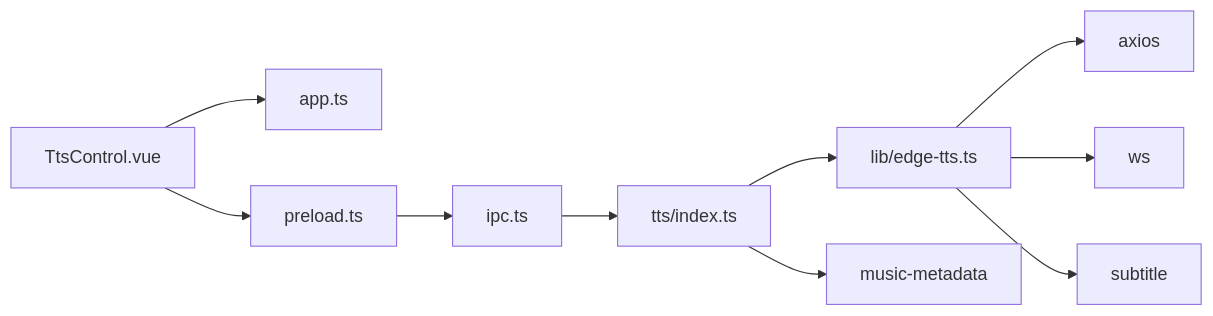
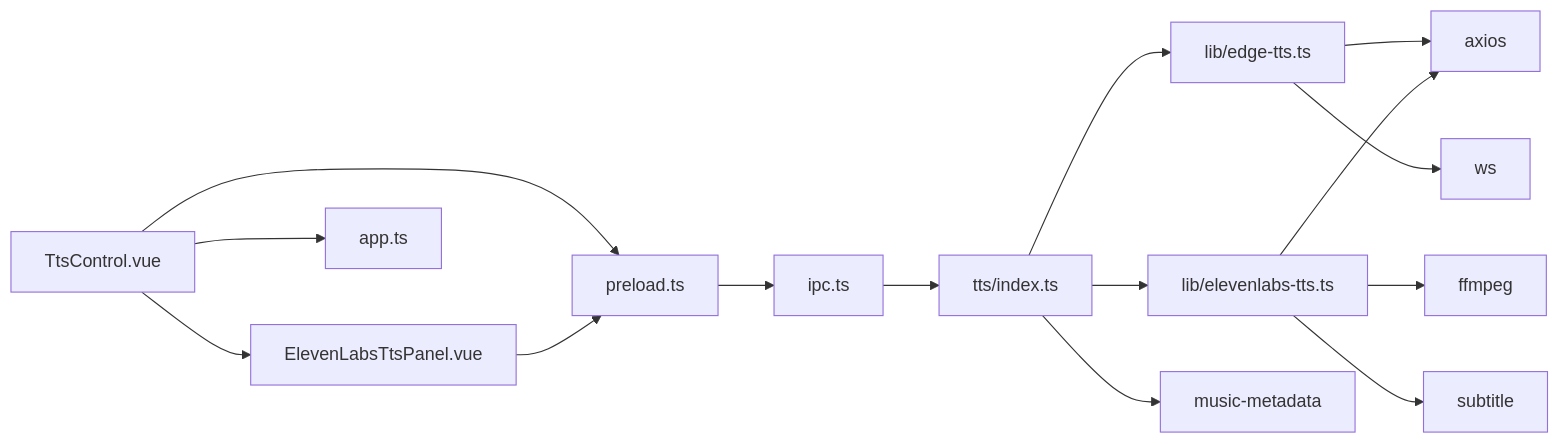
One commit to torans/crow.video changed the eighth of 8 diagrams in .qoder/repowiki/zh/content/核心功能模块/语音合成系统.md. Above: the diagram before and after it, drawn with Mermaid. The commit also changed other lines of this file and 35 other files, not shown here.

````diff
--- a/.qoder/repowiki/zh/content/核心功能模块/语音合成系统.md
+++ b/.qoder/repowiki/zh/content/核心功能模块/语音合成系统.md
@@ -326,12 +412,17 @@
 ```mermaid
 graph LR
-UI["TtsControl.vue"] --> Store["app.ts"]
+UI["TtsControl.vue"] --> Panel["ElevenLabsTtsPanel.vue"]
+UI --> Store["app.ts"]
 UI --> Preload["preload.ts"]
+Panel --> Preload
 Preload --> IPC["ipc.ts"]
 IPC --> TTS["tts/index.ts"]
-TTS --> Engine["lib/edge-tts.ts"]
-Engine --> Axios["axios"]
-Engine --> WS["ws"]
+TTS --> EdgeEngine["lib/edge-tts.ts"]
+TTS --> ElevenEngine["lib/elevenlabs-tts.ts"]
+EdgeEngine --> Axios["axios"]
+EdgeEngine --> WS["ws"]
+ElevenEngine --> Axios
+ElevenEngine --> FFmpeg["ffmpeg"]
 TTS --> Meta["music-metadata"]
-Engine --> Sub["subtitle"]
+ElevenEngine --> Sub["subtitle"]
 ```
````
